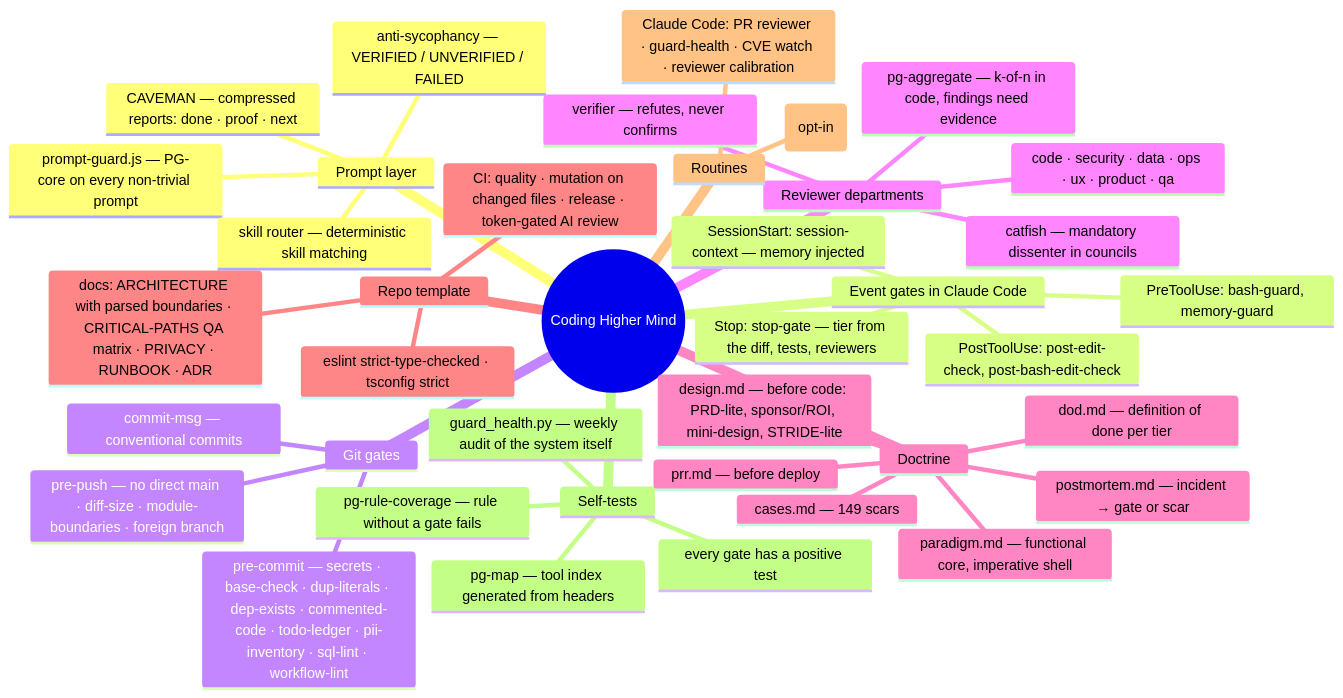
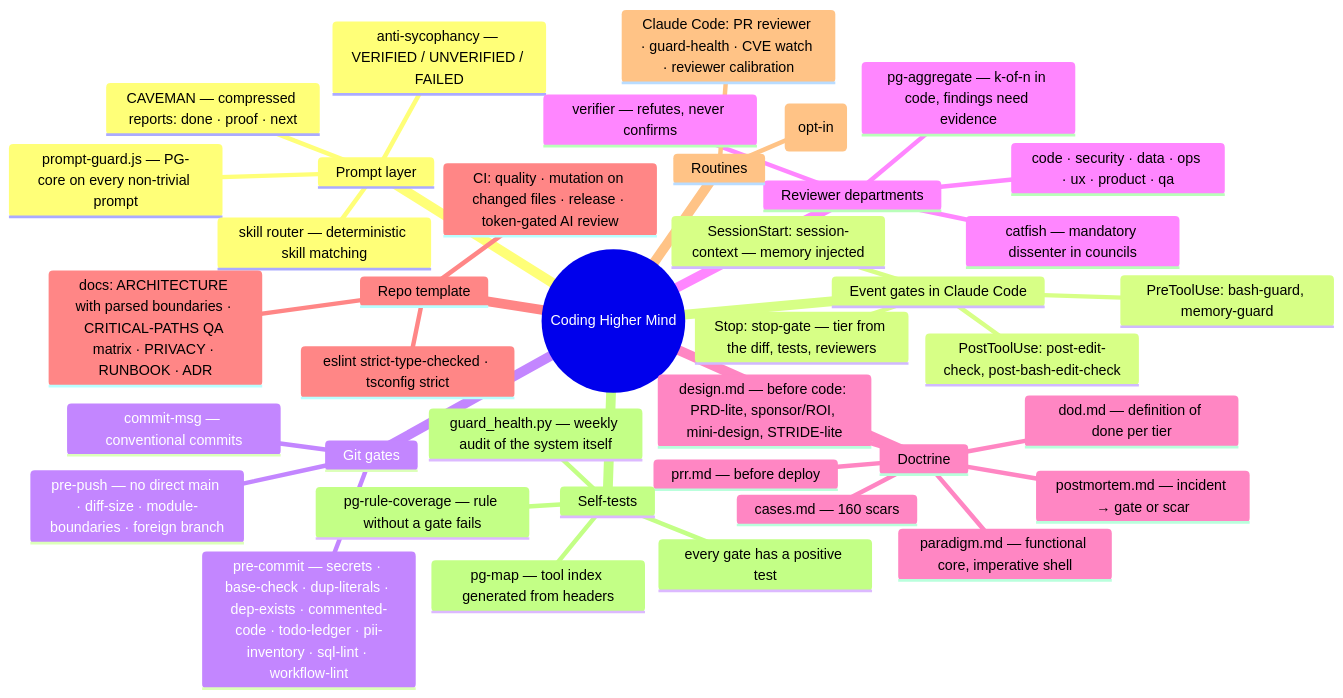
Before and after one commit to kamiljan11/coding-higher-mind: the first of 4 diagrams in docs/ARCHITECTURE.md, drawn with Mermaid. The commit also changed other lines of this file and 59 other files, not shown here.

````diff
--- a/docs/ARCHITECTURE.md
+++ b/docs/ARCHITECTURE.md
@@ -8,42 +8,42 @@
 ```mermaid
 mindmap
   root((Coding Higher Mind))
     Prompt layer
       prompt-guard.js — PG-core on every non-trivial prompt
       CAVEMAN — compressed reports: done · proof · next
       anti-sycophancy — VERIFIED / UNVERIFIED / FAILED
       skill router — deterministic skill matching
     Event gates in Claude Code
       PreToolUse: bash-guard, memory-guard
       PostToolUse: post-edit-check, post-bash-edit-check
       Stop: stop-gate — tier from the diff, tests, reviewers
       SessionStart: session-context — memory injected
     Git gates
       commit-msg — conventional commits
       pre-commit — secrets · base-check · dup-literals · dep-exists · commented-code · todo-ledger · pii-inventory · sql-lint · workflow-lint
       pre-push — no direct main · diff-size · module-boundaries · foreign branch
     Reviewer departments
       code · security · data · ops · ux · product · qa
       verifier — refutes, never confirms
       catfish — mandatory dissenter in councils
       pg-aggregate — k-of-n in code, findings need evidence
     Doctrine
       design.md — before code: PRD-lite, sponsor/ROI, mini-design, STRIDE-lite
       dod.md — definition of done per tier
       prr.md — before deploy
       postmortem.md — incident → gate or scar
       paradigm.md — functional core, imperative shell
-      cases.md — 149 scars
+      cases.md — 160 scars
     Repo template
       CI: quality · mutation on changed files · release · token-gated AI review
       docs: ARCHITECTURE with parsed boundaries · CRITICAL-PATHS QA matrix · PRIVACY · RUNBOOK · ADR
       eslint strict-type-checked · tsconfig strict
     Routines
       Claude Code: PR reviewer · guard-health · CVE watch · reviewer calibration
       Cowork: watchdog · backup+restore · sessions→memory · weekly report · self-evolution (opt-in)
     Self-tests
       every gate has a positive test
       pg-rule-coverage — rule without a gate fails
       pg-map — tool index generated from headers
       guard_health.py — weekly audit of the system itself
 ```
````
